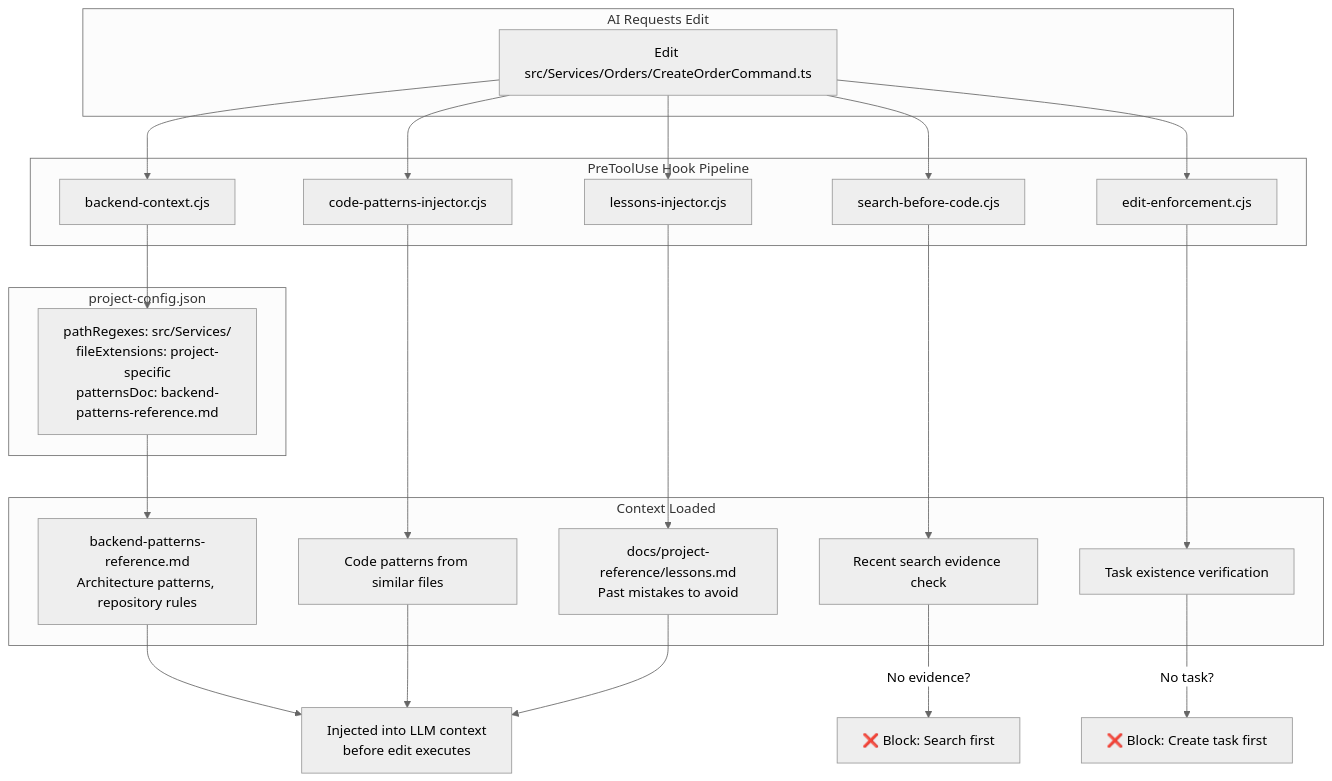
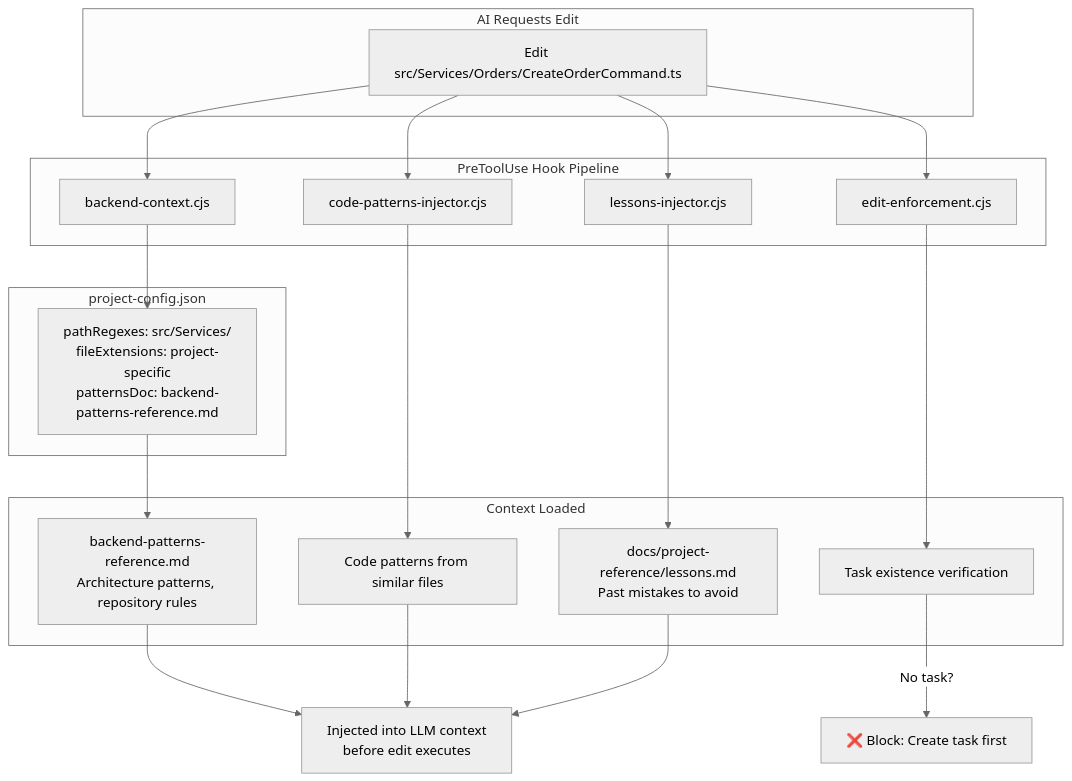
The fourth of 20 diagrams in .claude/docs/claude-ai-agent-framework-guide.md (duc01226/easy-claude), drawn with Mermaid (neutral theme) before and after one commit. The commit also changed other lines of this file and 84 other files, not shown here.

````diff
--- a/.claude/docs/claude-ai-agent-framework-guide.md
+++ b/.claude/docs/claude-ai-agent-framework-guide.md
@@ -349,38 +348,34 @@
 ```mermaid
 graph TB
     subgraph "AI Requests Edit"
         E[Edit src/Services/Orders/CreateOrderCommand.ts]
     end
 
     subgraph "PreToolUse Hook Pipeline"
         BC[backend-context.cjs]
         CP[code-patterns-injector.cjs]
         LI[lessons-injector.cjs]
-        SBC[search-before-code.cjs]
         EE[edit-enforcement.cjs]
     end
 
     subgraph "Context Loaded"
         P1[backend-patterns-reference.md<br/>Architecture patterns, repository rules]
         P2[Code patterns from similar files]
         P3[docs/project-reference/lessons.md<br/>Past mistakes to avoid]
-        P4[Recent search evidence check]
         P5[Task existence verification]
     end
 
     subgraph "project-config.json"
         PC[pathRegexes: src/Services/<br/>fileExtensions: project-specific<br/>patternsDoc: backend-patterns-reference.md]
     end
 
-    E --> BC & CP & LI & SBC & EE
+    E --> BC & CP & LI & EE
     BC --> PC
     PC --> P1
     CP --> P2
     LI --> P3
-    SBC --> P4
     EE --> P5
 
     P1 & P2 & P3 --> INJ[Injected into LLM context<br/>before edit executes]
-    P4 -->|No evidence?| BLOCK1[❌ Block: Search first]
     P5 -->|No task?| BLOCK2[❌ Block: Create task first]
 ```
````
